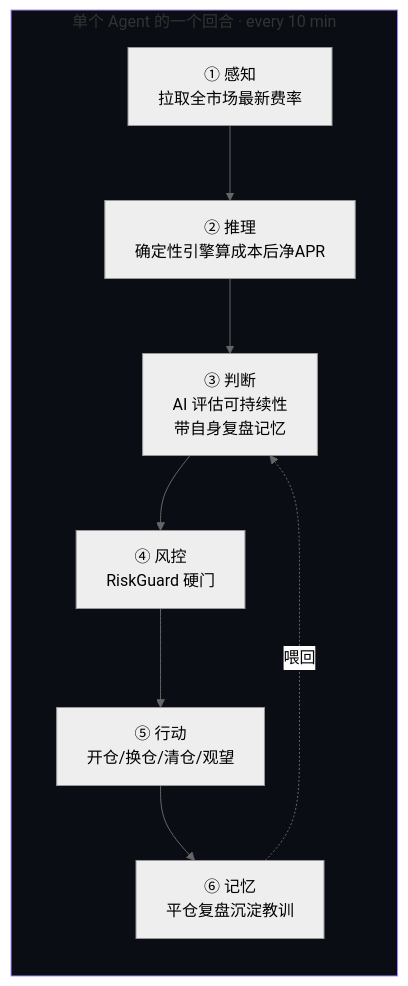
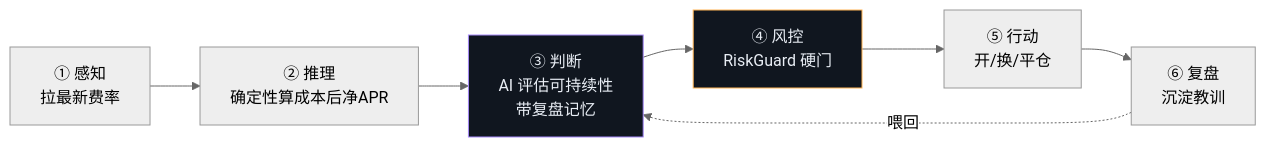
Before and after one commit to OneHaydenZhang/CarryPilot: the second of 3 diagrams in README.md, drawn with Mermaid (neutral theme). The commit also changed other lines of this file and 4 other files, not shown here.

Commit message:
Docs: split into product README (功能) + technical doc (docs/TECHNICAL.md), bilingual & diagram-rich; untrack & gitignore PRD (docs/产品文档)

````diff
--- a/README.md
+++ b/README.md
@@ -100,13 +74,11 @@
 ```mermaid
 flowchart LR
-    subgraph AGENT[单个 Agent 的一个回合 · every 10 min]
-        direction TB
-        P[① 感知<br/>拉取全市场最新费率] --> R[② 推理<br/>确定性引擎算成本后净APR]
-        R --> J[③ 判断<br/>AI 评估可持续性<br/>带自身复盘记忆]
-        J --> G[④ 风控<br/>RiskGuard 硬门]
-        G --> A[⑤ 行动<br/>开仓/换仓/清仓/观望]
-        A --> M[⑥ 记忆<br/>平仓复盘沉淀教训]
-        M -.喂回.-> J
-    end
-    style AGENT fill:#0a0e14,stroke:#a78bfa
+    P["① 感知<br/>拉最新费率"] --> R["② 推理<br/>确定性算成本后净APR"]
+    R --> J["③ 判断<br/>AI 评估可持续性<br/>带复盘记忆"]
+    J --> G["④ 风控<br/>RiskGuard 硬门"]
+    G --> A["⑤ 行动<br/>开/换/平仓"]
+    A --> M["⑥ 复盘<br/>沉淀教训"]
+    M -.喂回.-> J
+    style J fill:#10161f,stroke:#a78bfa,color:#e9eef5
+    style G fill:#10161f,stroke:#ffb454,color:#e9eef5
 ```
````
